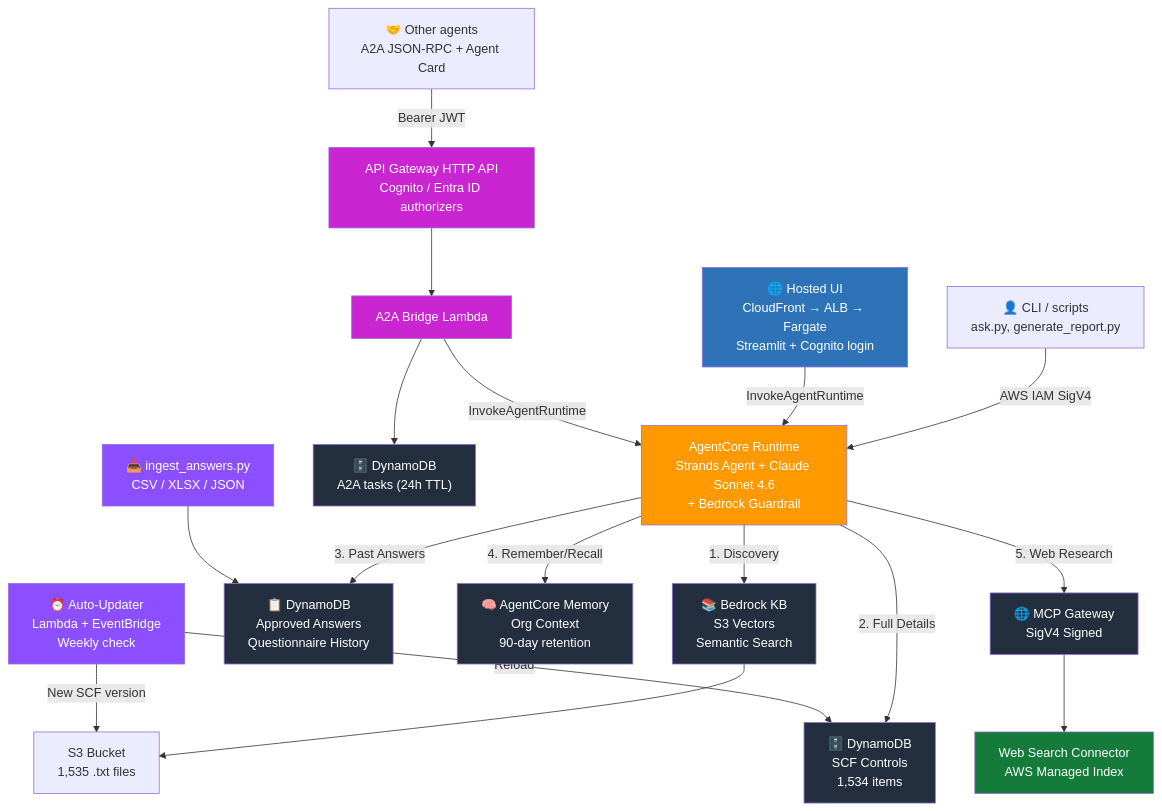
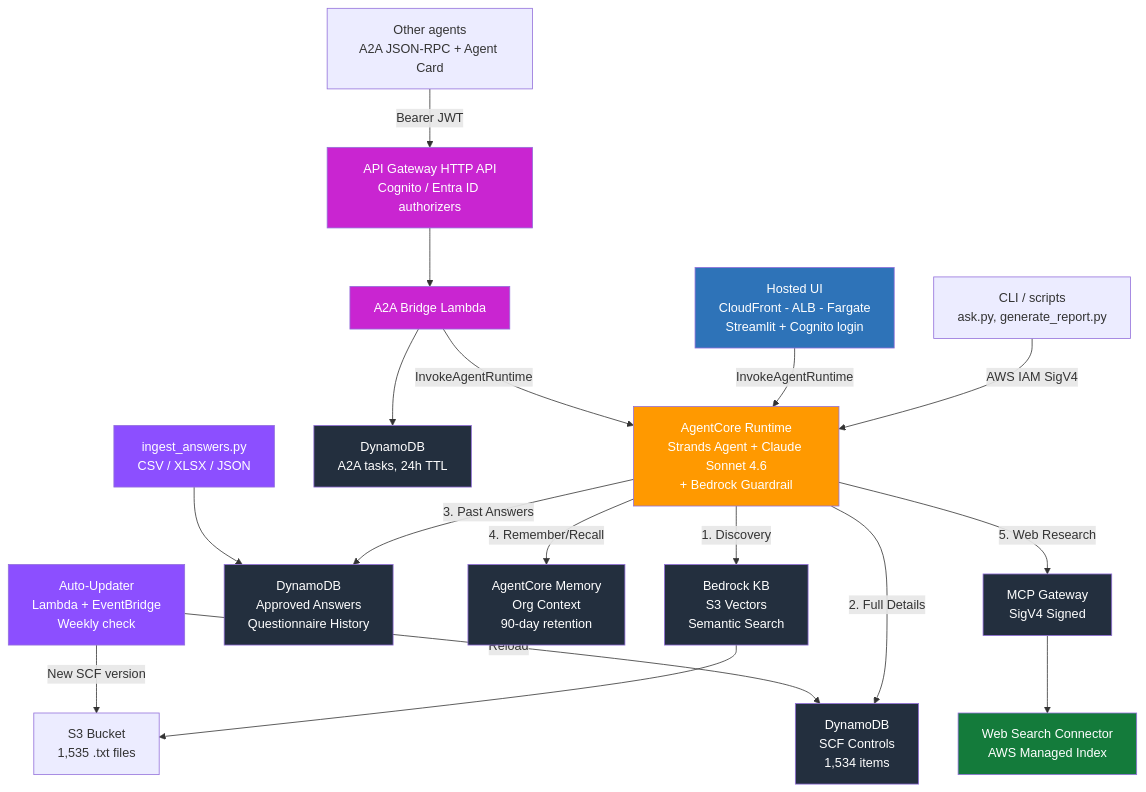
The diagram in README.md (mgbec/SCF-Agent-with-A2A), drawn with Mermaid before and after one commit. The commit also changed 1 other file, not shown here.

Commit message:
docs: harden mermaid diagrams for GitHub's renderer
GitHub's mermaid kept the README diagram stuck on "Loading". mermaid-cli
(v11) parses all the blocks fine, so this removes the constructs GitHub's
renderer is historically finicky about rather than a hard syntax error:

- no parentheses inside node labels (kept in subgraph titles, which render
  fine) -> "A2A tasks (24h TTL)" becomes "A2A tasks - 24h TTL", etc.
- no arrow glyphs (U+2192) inside node labels -> "CloudFront -> ALB -> Fargate"
- no "&" inside node labels ("Q&A" -> "answers")
- README diagram: drop the emoji, and define Runtime on first use instead of a
  standalone declaration after bare forward references
- split chained labelled edges (A -->|x| B --> C) into separate statements

All five mermaid blocks (README, architecture-guidelines x2, a2a-integration,
frontend-deployment) validate with mermaid-cli after the change.

````diff
--- a/README.md
+++ b/README.md
@@ -9,37 +9,36 @@
 ```mermaid
 graph TD
-    CLI["👤 CLI / scripts<br/>ask.py, generate_report.py"] -->|"AWS IAM SigV4"| Runtime
-    Web["🌐 Hosted UI<br/>CloudFront → ALB → Fargate<br/>Streamlit + Cognito login"] -->|"InvokeAgentRuntime"| Runtime
-    A2A["🤝 Other agents<br/>A2A JSON-RPC + Agent Card"] -->|"Bearer JWT"| APIGW["API Gateway HTTP API<br/>Cognito / Entra ID authorizers"]
+    CLI["CLI / scripts<br/>ask.py, generate_report.py"] -->|"AWS IAM SigV4"| Runtime["AgentCore Runtime<br/>Strands Agent + Claude Sonnet 4.6<br/>+ Bedrock Guardrail"]
+    Web["Hosted UI<br/>CloudFront - ALB - Fargate<br/>Streamlit + Cognito login"] -->|"InvokeAgentRuntime"| Runtime
+    A2A["Other agents<br/>A2A JSON-RPC + Agent Card"] -->|"Bearer JWT"| APIGW["API Gateway HTTP API<br/>Cognito / Entra ID authorizers"]
     APIGW --> Bridge["A2A Bridge Lambda"]
     Bridge -->|"InvokeAgentRuntime"| Runtime
-    Bridge --> Tasks["🗄️ DynamoDB<br/>A2A tasks (24h TTL)"]
+    Bridge --> Tasks["DynamoDB<br/>A2A tasks, 24h TTL"]
 
-    Runtime["AgentCore Runtime<br/>Strands Agent + Claude Sonnet 4.6<br/>+ Bedrock Guardrail"]
-    Runtime -->|"1. Discovery"| KB["📚 Bedrock KB<br/>S3 Vectors<br/>Semantic Search"]
-    Runtime -->|"2. Full Details"| DDB["🗄️ DynamoDB<br/>SCF Controls<br/>1,534 items"]
-    Runtime -->|"3. Past Answers"| Answers["📋 DynamoDB<br/>Approved Answers<br/>Questionnaire History"]
-    Runtime -->|"4. Remember/Recall"| Memory["🧠 AgentCore Memory<br/>Org Context<br/>90-day retention"]
-    Runtime -->|"5. Web Research"| Gateway["🌐 MCP Gateway<br/>SigV4 Signed"]
+    Runtime -->|"1. Discovery"| KB["Bedrock KB<br/>S3 Vectors<br/>Semantic Search"]
+    Runtime -->|"2. Full Details"| DDB["DynamoDB<br/>SCF Controls<br/>1,534 items"]
+    Runtime -->|"3. Past Answers"| Answers["DynamoDB<br/>Approved Answers<br/>Questionnaire History"]
+    Runtime -->|"4. Remember/Recall"| Memory["AgentCore Memory<br/>Org Context<br/>90-day retention"]
+    Runtime -->|"5. Web Research"| Gateway["MCP Gateway<br/>SigV4 Signed"]
 
     Gateway --> WebSearch["Web Search Connector<br/>AWS Managed Index"]
     KB --> S3["S3 Bucket<br/>1,535 .txt files"]
 
-    Ingest["📥 ingest_answers.py<br/>CSV / XLSX / JSON"] --> Answers
-    Updater["⏰ Auto-Updater<br/>Lambda + EventBridge<br/>Weekly check"] -->|"New SCF version"| S3
+    Ingest["ingest_answers.py<br/>CSV / XLSX / JSON"] --> Answers
+    Updater["Auto-Updater<br/>Lambda + EventBridge<br/>Weekly check"] -->|"New SCF version"| S3
     Updater -->|"Reload"| DDB
 
     style Runtime fill:#ff9900,color:#fff
     style KB fill:#232f3e,color:#fff
     style DDB fill:#232f3e,color:#fff
     style Answers fill:#232f3e,color:#fff
     style Memory fill:#232f3e,color:#fff
     style Gateway fill:#232f3e,color:#fff
     style Tasks fill:#232f3e,color:#fff
     style WebSearch fill:#147b3b,color:#fff
     style Updater fill:#8c4fff,color:#fff
     style Ingest fill:#8c4fff,color:#fff
     style APIGW fill:#c925d1,color:#fff
     style Bridge fill:#c925d1,color:#fff
     style Web fill:#2e73b8,color:#fff
 ```
````
